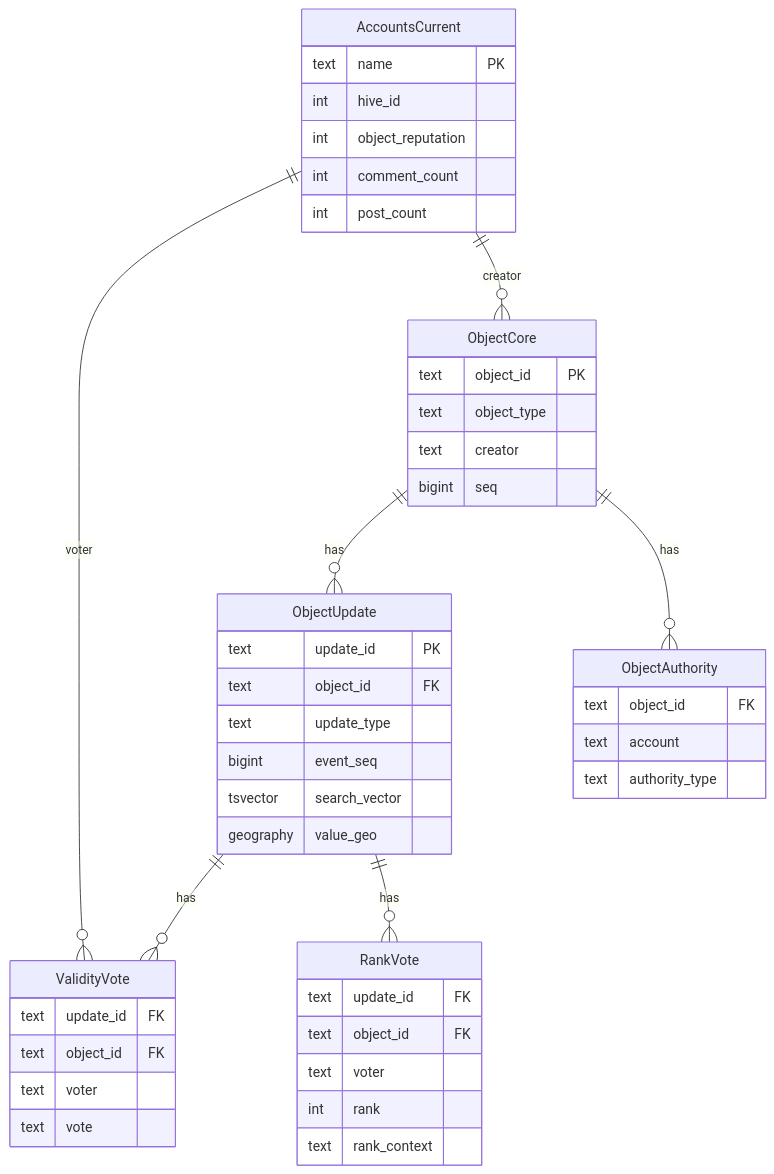
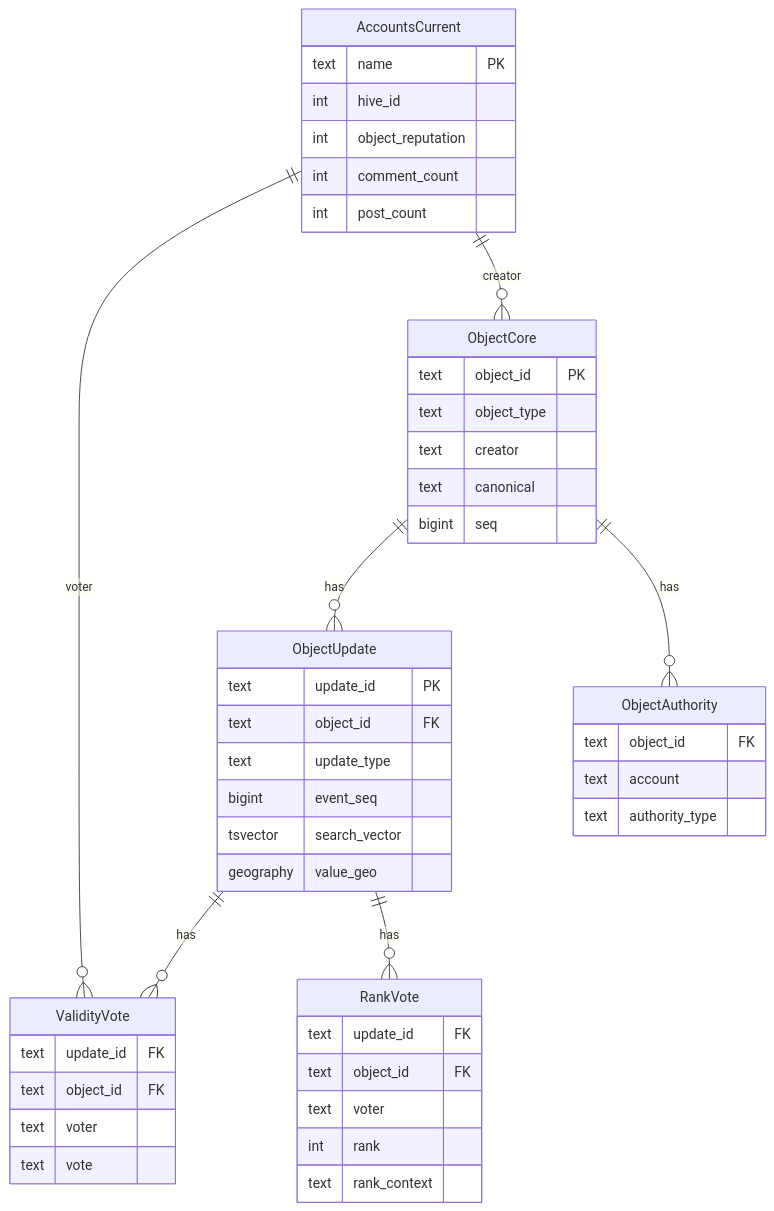
Before and after one commit to Waiviogit/open-data-layer: the first of 3 diagrams in spec/postgres-concept/flow.md, drawn with Mermaid. The commit also changed other lines of this file and 4 other files, not shown here.

````diff
--- a/spec/postgres-concept/flow.md
+++ b/spec/postgres-concept/flow.md
@@ -31,55 +31,56 @@
 ```mermaid
 erDiagram
   ObjectCore ||--o{ ObjectUpdate : "has"
   ObjectUpdate ||--o{ ValidityVote : "has"
   ObjectUpdate ||--o{ RankVote : "has"
 
   ObjectCore {
     text object_id PK
     text object_type
     text creator
+    text canonical
     bigint seq
   }
 
   ObjectUpdate {
     text update_id PK
     text object_id FK
     text update_type
     bigint event_seq
     tsvector search_vector
     geography value_geo
   }
 
   ValidityVote {
     text update_id FK
     text object_id FK
     text voter
     text vote
   }
 
   RankVote {
     text update_id FK
     text object_id FK
     text voter
     int rank
     text rank_context
   }
 
   ObjectAuthority {
     text object_id FK
     text account
     text authority_type
   }
 
   AccountsCurrent {
     text name PK
     int hive_id
     int object_reputation
     int comment_count
     int post_count
   }
 
   ObjectCore ||--o{ ObjectAuthority : "has"
   AccountsCurrent ||--o{ ValidityVote : "voter"
   AccountsCurrent ||--o{ ObjectCore : "creator"
 ```
````
